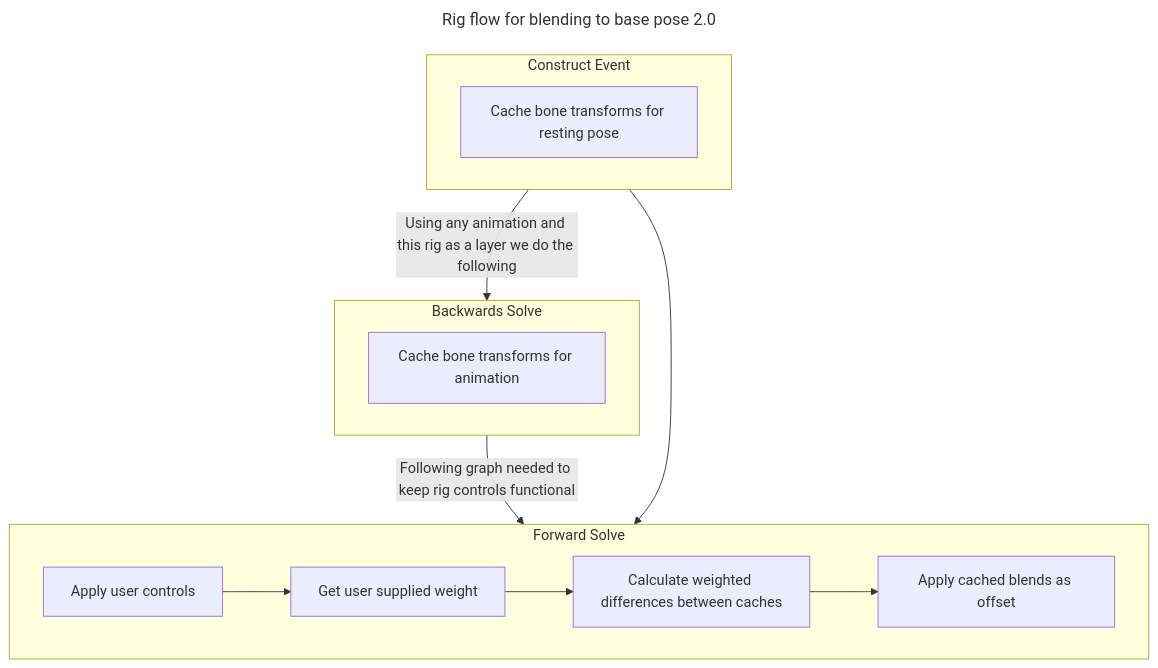
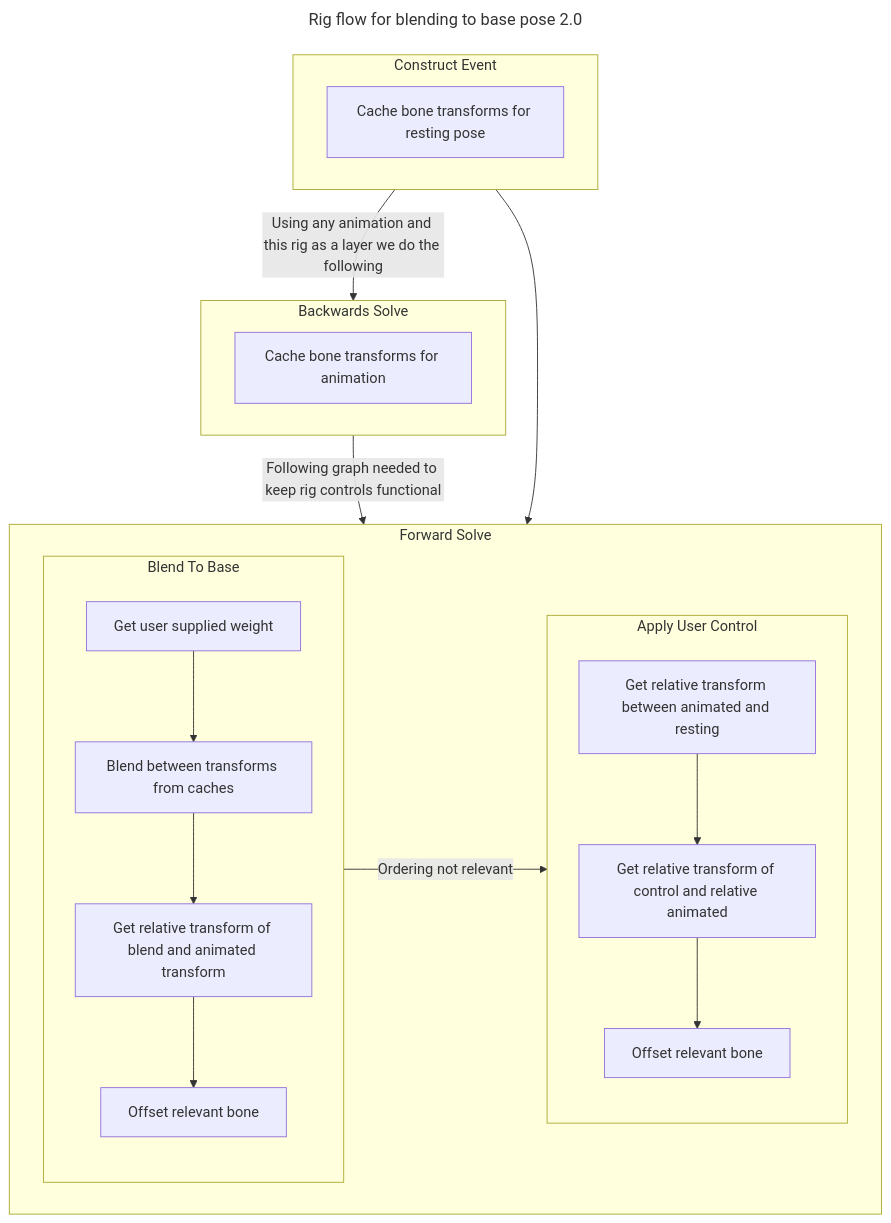
One commit to J-Andersen-UvA/ToucanVault changed the second of 2 diagrams in Unreal/Plugins/PosePasting.md. Above: the diagram before and after it, drawn with Mermaid.

Commit message:
vault backup: 2026-09-02 11:19:41

````diff
--- a/Unreal/Plugins/PosePasting.md
+++ b/Unreal/Plugins/PosePasting.md
@@ -41,27 +41,38 @@
 ```mermaid
 ---
 title: Rig flow for blending to base pose 2.0
 ---
 flowchart TD
 
 
     subgraph A[Construct Event]
         A0[Cache bone transforms for resting pose]
     end
 
 	subgraph B[Backwards Solve]
 		B0[Cache bone transforms for animation]
 	end
 	
 	subgraph C[Forward Solve]
-		C0[Apply user controls]
-		C1[Get user supplied weight]
-		C2[Calculate weighted differences between caches]
-		C3[Apply cached blends as offset]
-		C0 --> C1 --> C2 --> C3
+		subgraph CA[Blend To Base]
+			CA0[Get user supplied weight]
+			CA1[Blend between transforms from caches]
+			CA2[Get relative transform of blend and animated transform]
+			CA3[Offset relevant bone]
+			CA0 --> CA1 --> CA2 --> CA3
+		end
+
+		subgraph CB[Apply User Control]
+			CB0[Get relative transform between animated and resting]
+			CB1[Get relative transform of control and relative animated]
+			CB2[Offset relevant bone]
+			CB0 --> CB1 --> CB2
+		end
+		
+		CA -->|Ordering not relevant| CB
 	end
 	
 	A -->|Using any animation and this rig as a layer we do the following| B
 	B -->|Following graph needed to keep rig controls functional| C
 	A --> C	
 ```
````
